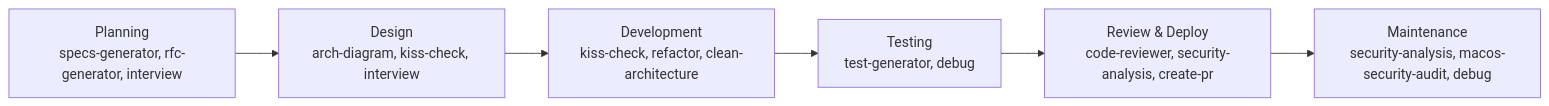
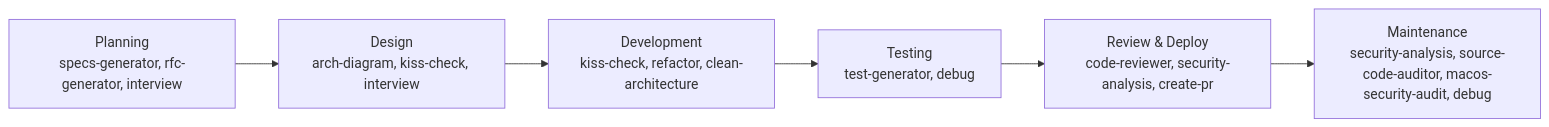
The diagram in README.md (trebaud/agent-config), drawn with Mermaid before and after one commit. The commit also changed other lines of this file and 1 other file, not shown here.

````diff
--- a/README.md
+++ b/README.md
@@ -39,8 +40,8 @@
 ```mermaid
 flowchart LR
     A[Planning<br/>specs-generator, rfc-generator, interview] --> B[Design<br/>arch-diagram, kiss-check, interview]
     B --> C[Development<br/>kiss-check, refactor, clean-architecture]
     C --> D[Testing<br/>test-generator, debug]
     D --> E[Review & Deploy<br/>code-reviewer, security-analysis, create-pr]
-    E --> F[Maintenance<br/>security-analysis, macos-security-audit, debug]
+    E --> F[Maintenance<br/>security-analysis, source-code-auditor, macos-security-audit, debug]
 ```
````
